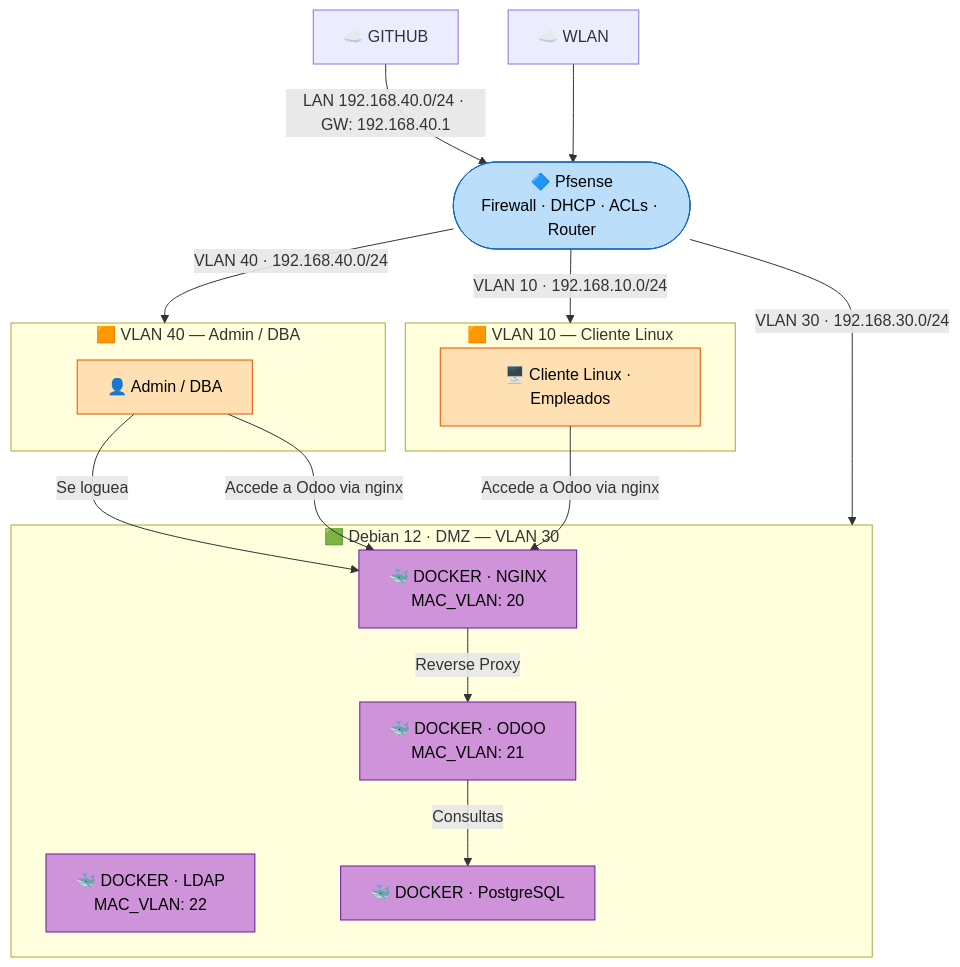
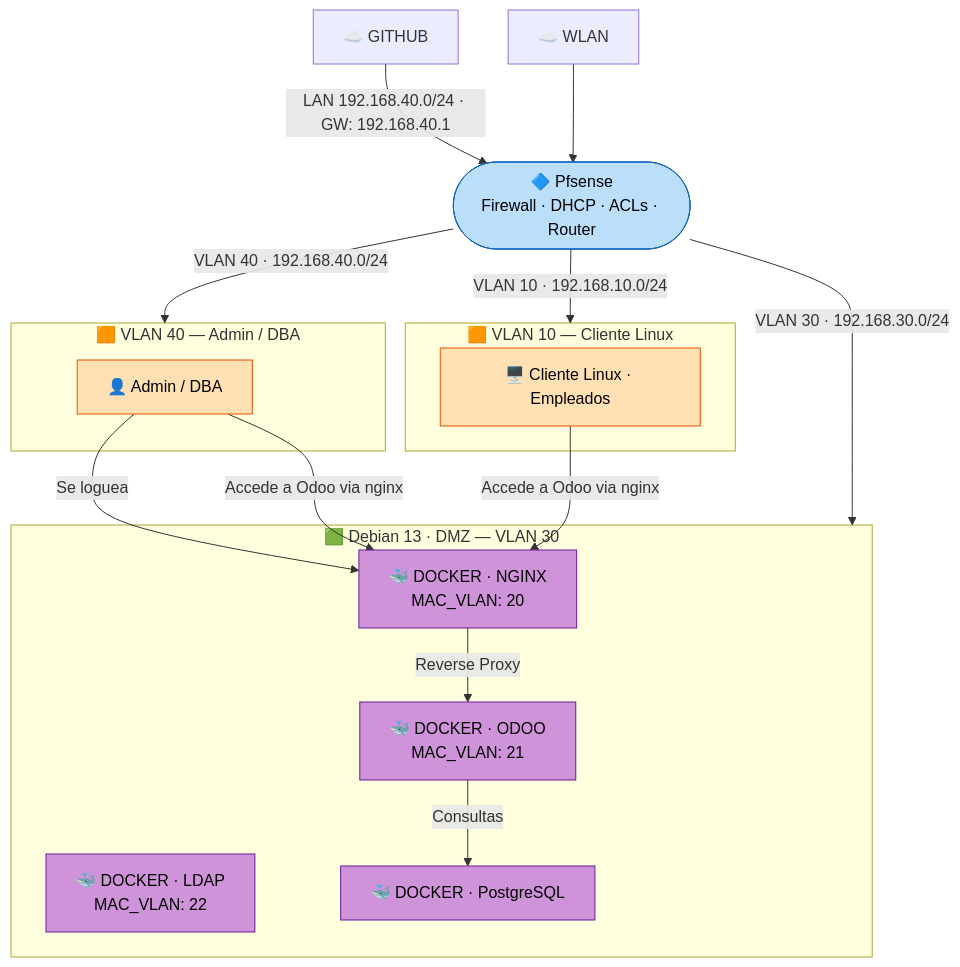
The diagram in README.md (sandrafrv/TFG-Implantacion_Segura_y_Automatizada_de_Odoo), drawn with Mermaid before and after one commit. The commit also changed other lines of this file and 34 other files, not shown here.

````diff
--- a/README.md
+++ b/README.md
@@ -41,47 +41,47 @@
 ```mermaid
 graph TD
     GITHUB["☁️ GITHUB"]
     WLAN["☁️ WLAN"]
 
     GITHUB -->|"LAN 192.168.40.0/24 · GW: 192.168.40.1"| PFSENSE
     WLAN --> PFSENSE
 
     PFSENSE(["🔷 Pfsense\nFirewall · DHCP · ACLs · Router"])
 
     PFSENSE -->|"VLAN 40 · 192.168.40.0/24"| VLAN40
     PFSENSE -->|"VLAN 30 · 192.168.30.0/24"| DMZ
     PFSENSE -->|"VLAN 10 · 192.168.10.0/24"| VLAN10
 
     subgraph VLAN40["🟧 VLAN 40 — Admin / DBA"]
         ADMIN["👤 Admin / DBA"]
     end
 
     subgraph VLAN10["🟧 VLAN 10 — Cliente Linux"]
         CLIENT["🖥️ Cliente Linux · Empleados"]
     end
 
     ADMIN -- "Se loguea" --> NGINX
     ADMIN -- "Accede a Odoo via nginx" --> NGINX
     CLIENT -- "Accede a Odoo via nginx" --> NGINX
 
-    subgraph DMZ["🟩 Debian 12 · DMZ — VLAN 30"]
+    subgraph DMZ["🟩 Debian 13 · DMZ — VLAN 30"]
         LDAP["🐳 DOCKER · LDAP\nMAC_VLAN: 22"]
         NGINX["🐳 DOCKER · NGINX\nMAC_VLAN: 20"]
         ODOO["🐳 DOCKER · ODOO\nMAC_VLAN: 21"]
         BBDD["🐳 DOCKER · PostgreSQL"]
 
         NGINX -->|"Reverse Proxy"| ODOO
         ODOO -->|"Consultas"| BBDD
     end
 
     classDef firewall fill:#BBDEFB,stroke:#1565C0,color:#000
     classDef vlan fill:#FFE0B2,stroke:#E65100,color:#000
     classDef dmznode fill:#CE93D8,stroke:#6A1B9A,color:#000
     classDef client fill:#FFE0B2,stroke:#E65100,color:#000
 
     class PFSENSE firewall
     class ADMIN vlan
     class CLIENT client
     class LDAP,NGINX,ODOO,BBDD dmznode
 
 ```
````
